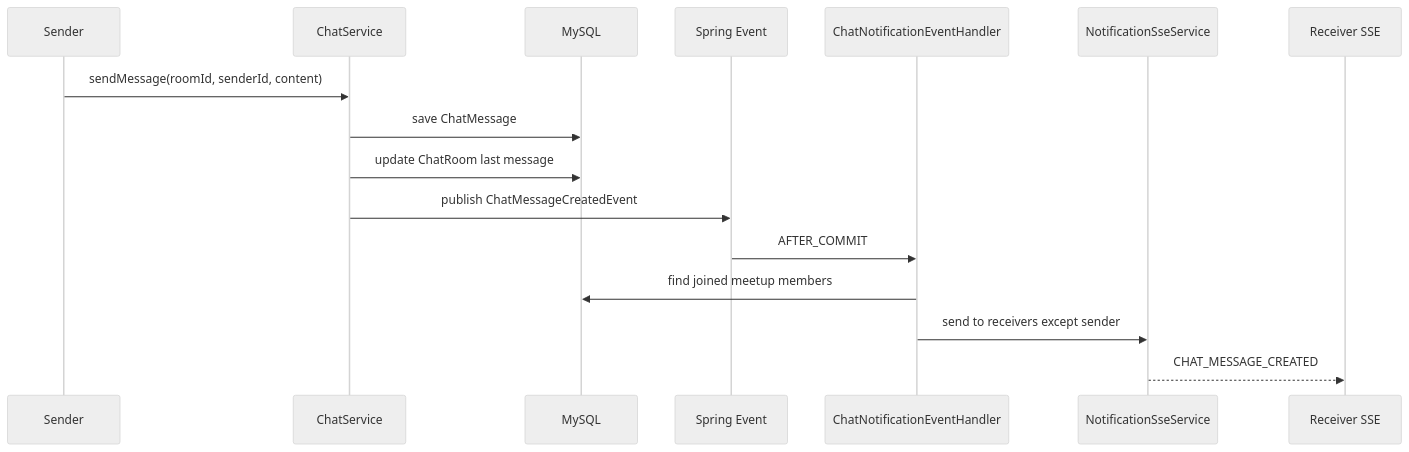
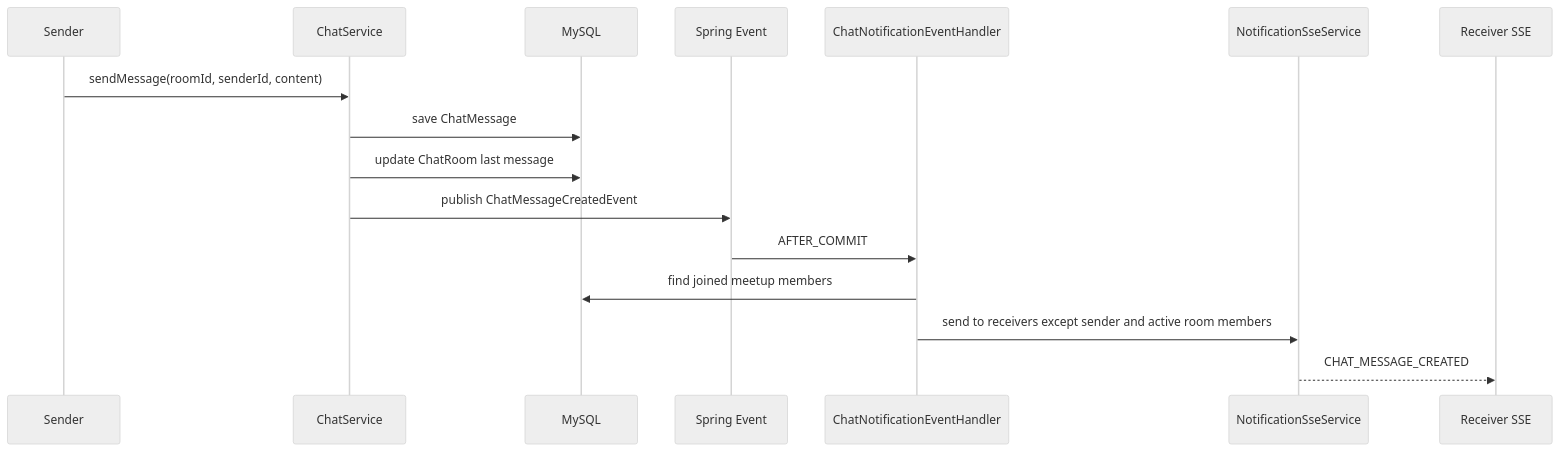
One commit to AnDev77/doChallenge changed the diagram in docs/architecture/05-sse-notification.md. Above: the diagram before and after it, drawn with Mermaid (neutral theme). The commit also changed other lines of this file and 7 other files, not shown here.

````diff
--- a/docs/architecture/05-sse-notification.md
+++ b/docs/architecture/05-sse-notification.md
@@ -33,19 +33,19 @@
 ```mermaid
 sequenceDiagram
     participant Sender as Sender
     participant Chat as ChatService
     participant DB as MySQL
     participant Event as Spring Event
     participant Handler as ChatNotificationEventHandler
     participant SSE as NotificationSseService
     participant Receiver as Receiver SSE
 
     Sender->>Chat: sendMessage(roomId, senderId, content)
     Chat->>DB: save ChatMessage
     Chat->>DB: update ChatRoom last message
     Chat->>Event: publish ChatMessageCreatedEvent
     Event->>Handler: AFTER_COMMIT
     Handler->>DB: find joined meetup members
-    Handler->>SSE: send to receivers except sender
+    Handler->>SSE: send to receivers except sender and active room members
     SSE-->>Receiver: CHAT_MESSAGE_CREATED
 ```
````
